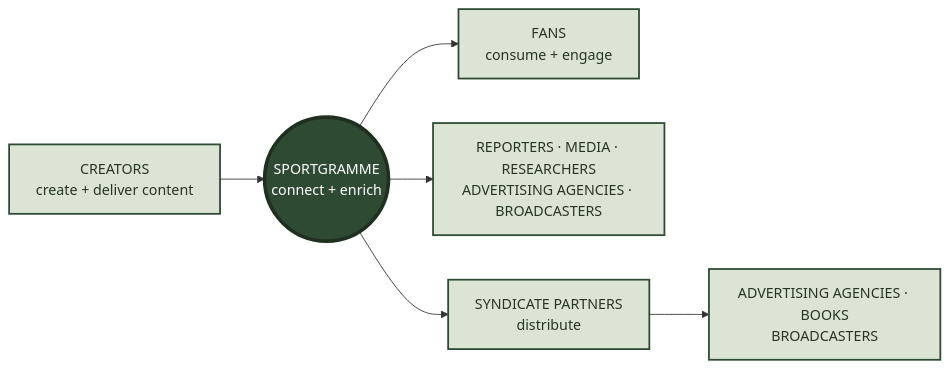
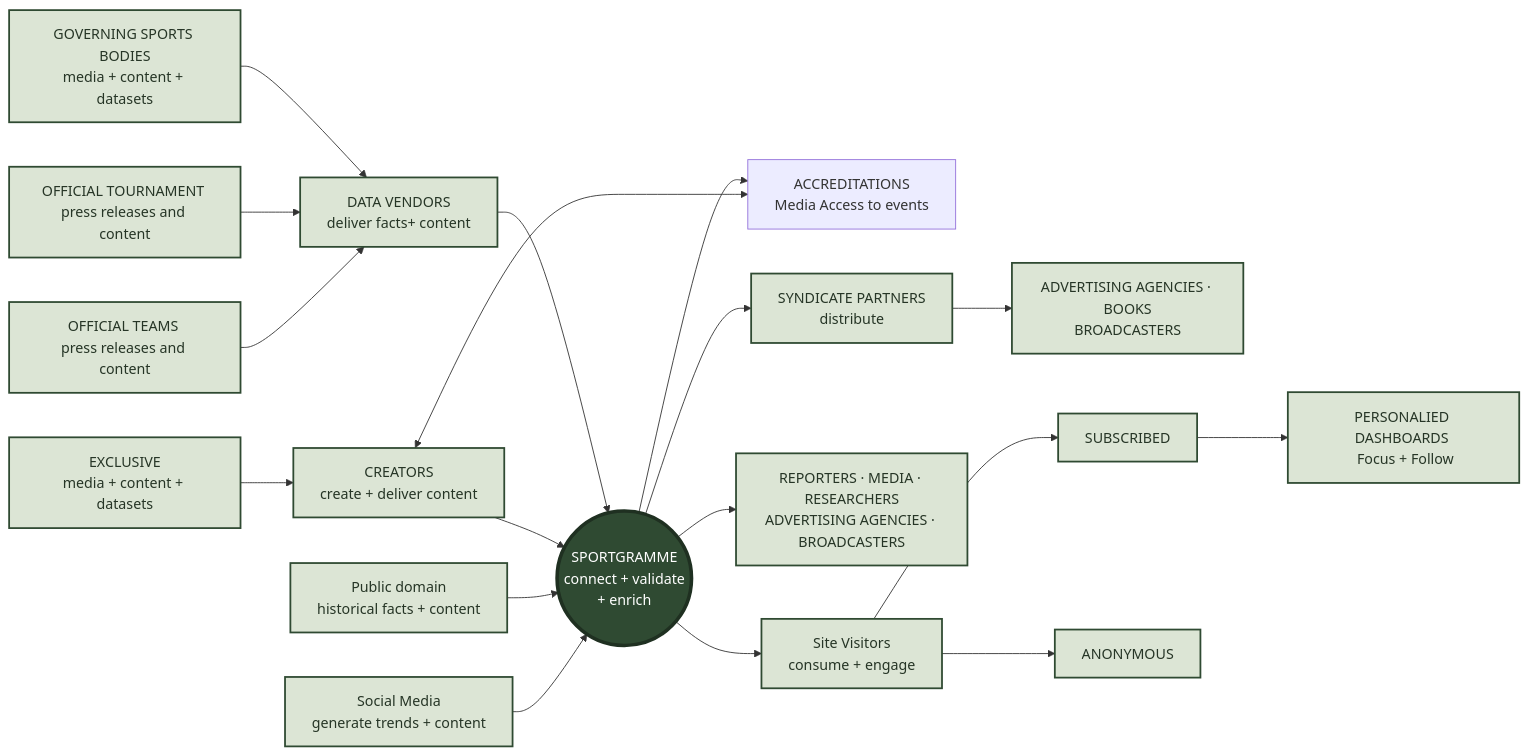
The diagram in profile/README.md (sportgramme/.github), drawn with Mermaid before and after one commit. The commit also changed other lines of this file, not shown here.

````diff
--- a/profile/README.md
+++ b/profile/README.md
@@ -11,11 +11,23 @@
 ```mermaid
 flowchart LR
-    A["CREATORS<br/>create + deliver content"] --> B(("SPORTGRAMME<br/>connect + enrich"))
-    B --> C["FANS<br/>consume + engage"]
+    A1["DATA VENDORS<br/>deliver facts+ content"] --> B(("SPORTGRAMME<br/>connect + validate <br/>+ enrich"))
+    A["CREATORS<br/>create + deliver content"] --> B
+    A2["Public domain<br/>historical facts + content"] --> B
+    A3["Social Media<br/>generate trends + content"] --> B
+    B --> K["ACCREDITATIONS<br/>Media Access to events"]
+    A <--> K
+    B --> C["Site Visitors<br/>consume + engage"]
     B --> E["REPORTERS · MEDIA · RESEARCHERS<br/>ADVERTISING AGENCIES · BROADCASTERS"]
     B --> D["SYNDICATE PARTNERS<br/>distribute"]
     D --> F["ADVERTISING AGENCIES · BOOKS<br/>BROADCASTERS"]
+    C --> H["SUBSCRIED"]
+    C --> H1["ANONYMOUS"]
+    H["SUBSCRIBED"] --> H2["PERSONALIED DASHBOARDS <br/> Focus + Follow "]
+    J["EXCLUSIVE<br/>media + content + datasets"] --> A
+    J1["GOVERNING SPORTS BODIES<br/>media + content + datasets"] --> A1
+    J2["OFFICIAL TOURNAMENT <br/>press releases and content"] --> A1
+    J3["OFFICIAL TEAMS <br/>press releases and content"] --> A1
     classDef n fill:#DCE5D5,stroke:#2F4A32,color:#263526,stroke-width:2px;
     classDef c fill:#2F4A32,stroke:#1F3021,color:#FFFFFF,stroke-width:4px;
-    class A,C,D,E,F n; class B c;
+    class A,A1,,A2,A3,C,D,E,F,H,H1,H2,J,J1,J2,J3 n; class B c;
 ```
````
